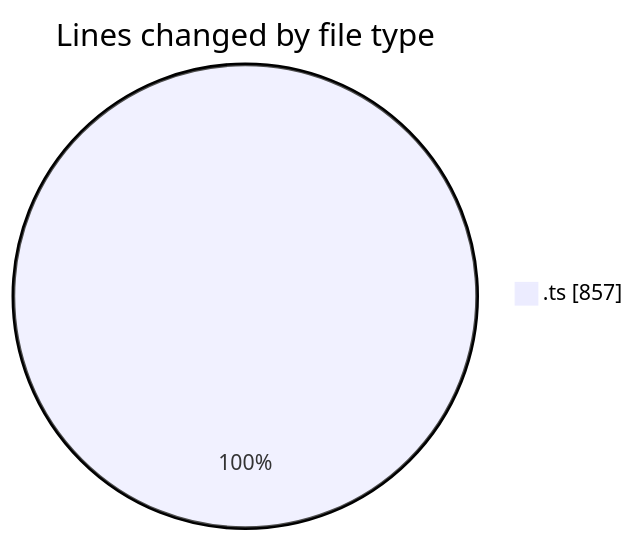
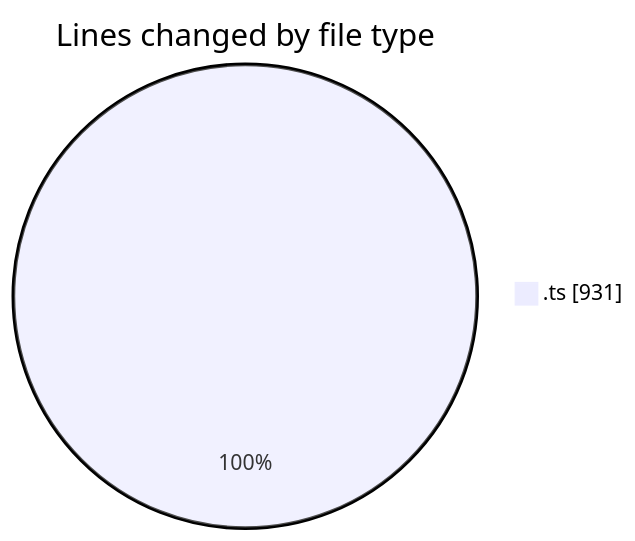
Before and after one commit to momahboobian/code-tracking: the first of 2 diagrams in 2025-08-11/cda/README.md, drawn with Mermaid. The commit also changed other lines of this file and 1 other file, not shown here.

````diff
--- a/2025-08-11/cda/README.md
+++ b/2025-08-11/cda/README.md
@@ -22,5 +22,5 @@
 ```mermaid
 pie showData
 title Lines changed by file type
-".ts" : 857
+".ts" : 931
 ```
````
